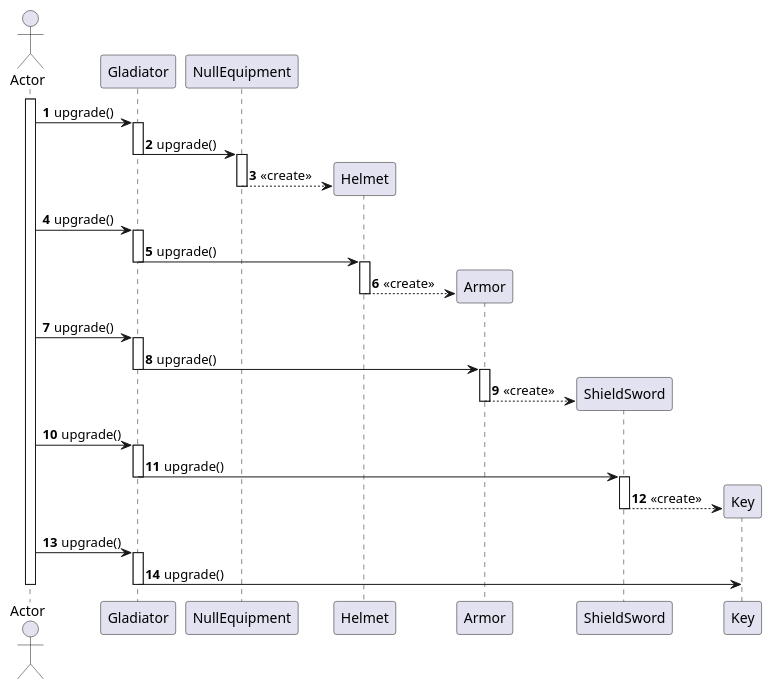
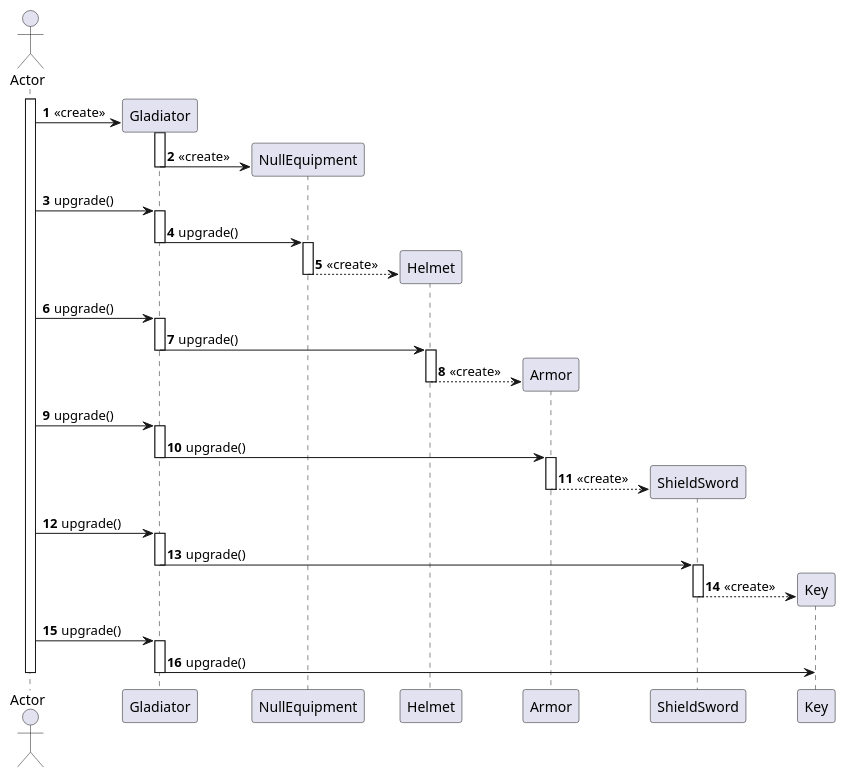
The diagram in diagrams/sequences/Equipment: gladiator obtains Key.puml (PabloGCH/tp2-algo3), drawn with PlantUML before and after one commit. The commit also changed 3 other files, not shown here.

```diff
--- a/diagrams/sequences/Equipment: gladiator obtains Key.puml
+++ b/diagrams/sequences/Equipment: gladiator obtains Key.puml
@@ -1,43 +1,59 @@
 @startuml
 autonumber
 actor Actor
 activate Actor
+
+create Gladiator
+Actor -> Gladiator: <<create>>
+activate Gladiator
+    create NullEquipment
+    Gladiator -> NullEquipment: <<create>>
+deactivate Gladiator
+
 Actor -> Gladiator: upgrade()
 activate Gladiator
-Gladiator -> NullEquipment: upgrade()
+    Gladiator -> NullEquipment: upgrade()
 deactivate Gladiator
+
 activate NullEquipment
 create Helmet
-NullEquipment --> Helmet: <<create>>
+    NullEquipment --> Helmet: <<create>>
 deactivate NullEquipment
+
 Actor -> Gladiator: upgrade()
 activate Gladiator
-Gladiator -> Helmet: upgrade()
+    Gladiator -> Helmet: upgrade()
 deactivate Gladiator
+
 activate Helmet
-create Armor
-Helmet --> Armor: <<create>>
+    create Armor
+    Helmet --> Armor: <<create>>
 deactivate Helmet
+
 Actor -> Gladiator: upgrade()
 activate Gladiator
-Gladiator -> Armor: upgrade()
+    Gladiator -> Armor: upgrade()
 deactivate Gladiator
+
 activate Armor
-create ShieldSword
-Armor --> ShieldSword: <<create>>
+    create ShieldSword
+    Armor --> ShieldSword: <<create>>
 deactivate Armor
+
 Actor -> Gladiator: upgrade()
 activate Gladiator
-Gladiator -> ShieldSword: upgrade()
+    Gladiator -> ShieldSword: upgrade()
 deactivate Gladiator
+
 activate ShieldSword
-create Key
-ShieldSword --> Key: <<create>>
+    create Key
+    ShieldSword --> Key: <<create>>
 deactivate ShieldSword
+
 Actor -> Gladiator: upgrade()
 activate Gladiator
-Gladiator -> Key: upgrade()
+    Gladiator -> Key: upgrade()
 deactivate Gladiator
 
 deactivate Actor
 @enduml
```
